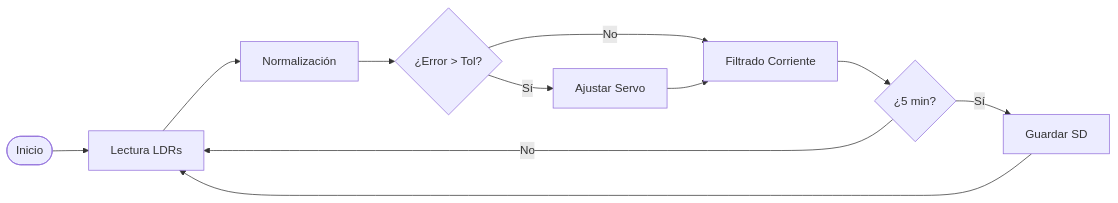
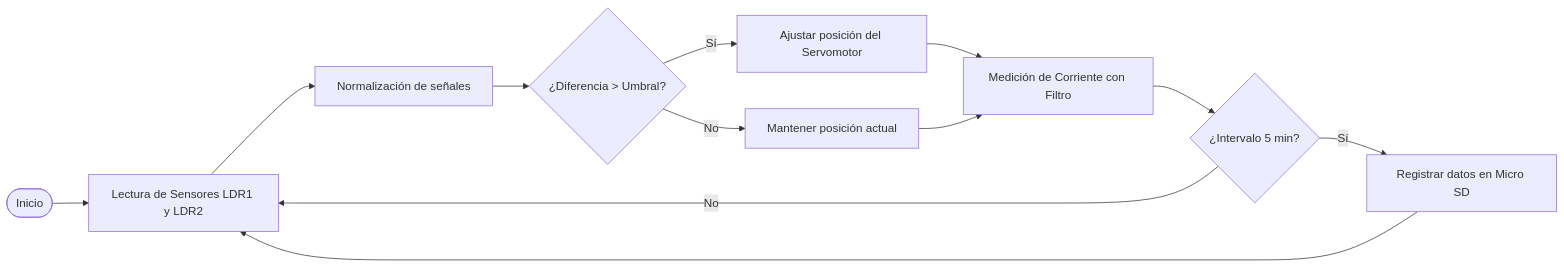
Before and after one commit to cribnez/solar-tracker-didactico: the diagram in README.md, drawn with Mermaid.

````diff
--- a/README.md
+++ b/README.md
@@ -33,13 +33,14 @@
 ```mermaid
 graph LR
-    A([Inicio]) --> B[Lectura LDRs]
-    B --> C[Normalización]
-    C --> D{¿Error > Tol?}
-    D -- Sí --> E[Ajustar Servo]
-    D -- No --> G[Filtrado Corriente]
-    E --> G
-    G --> H{¿5 min?}
-    H -- Sí --> I[Guardar SD]
+    A([Inicio]) --> B[Lectura de Sensores LDR1 y LDR2]
+    B --> C[Normalización de señales]
+    C --> D{¿Diferencia > Umbral?}
+    D -- Sí --> E[Ajustar posición del Servomotor]
+    D -- No --> F[Mantener posición actual]
+    E --> G[Medición de Corriente con Filtro]
+    F --> G
+    G --> H{¿Intervalo 5 min?}
+    H -- Sí --> I[Registrar datos en Micro SD]
     H -- No --> B
     I --> B
 ```
````
